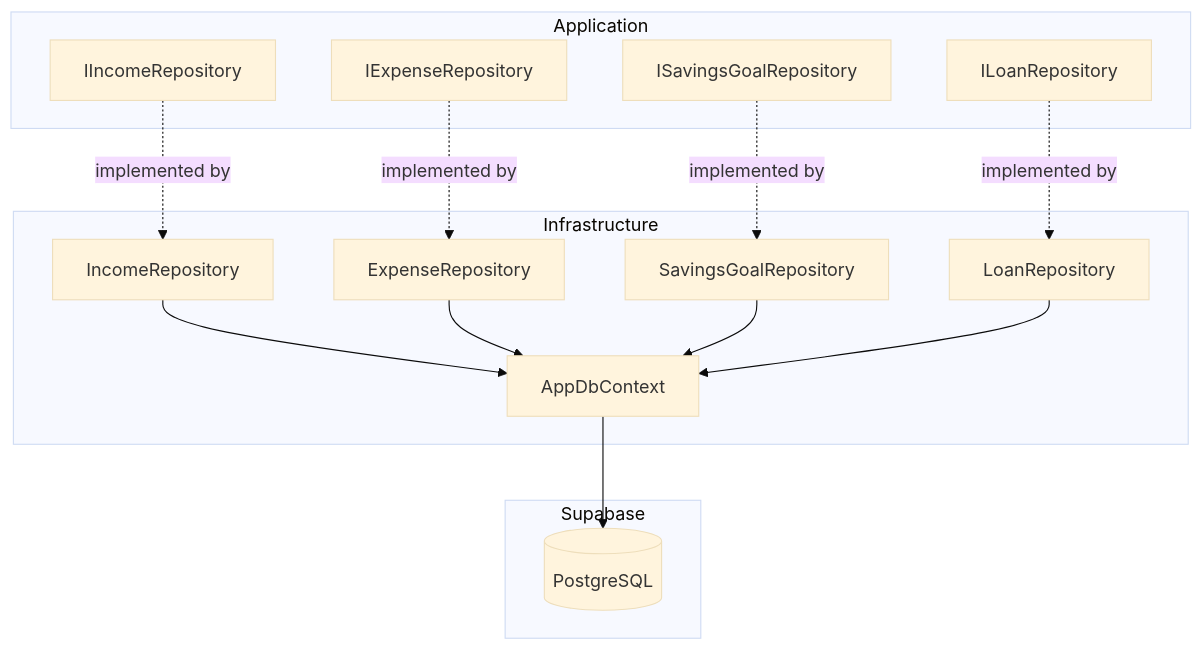
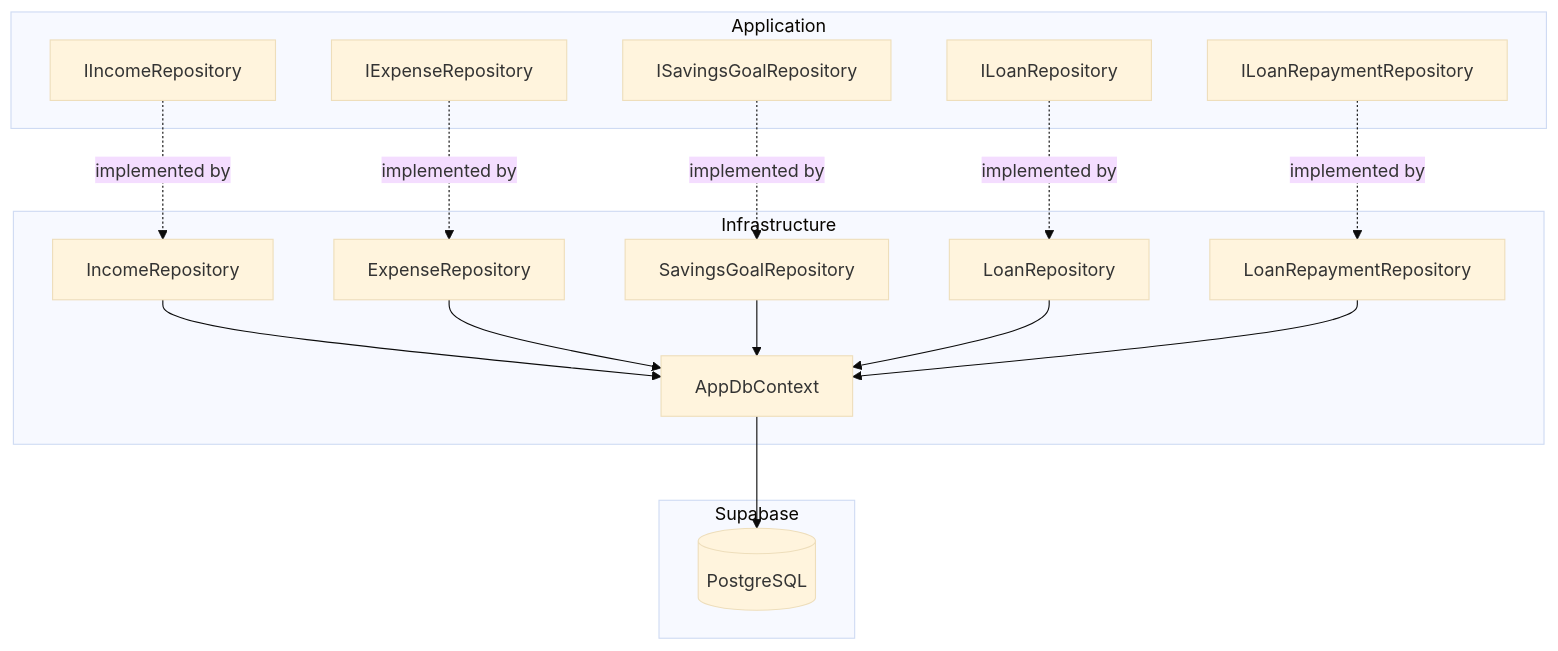
The first of 9 diagrams in docs/phases/PHASE-2-infrastructure.md (dev-personal-projects/vela), drawn with Mermaid (base theme) before and after one commit. The commit also changed other lines of this file and 4 other files, not shown here.

````diff
--- a/docs/phases/PHASE-2-infrastructure.md
+++ b/docs/phases/PHASE-2-infrastructure.md
@@ -60,32 +66,36 @@
 ```mermaid
 flowchart TB
     subgraph Application
         IR[IIncomeRepository]
         ER[IExpenseRepository]
         SR[ISavingsGoalRepository]
         LR[ILoanRepository]
+        LRR[ILoanRepaymentRepository]
     end
 
     subgraph Infrastructure
         IMP1[IncomeRepository]
         IMP2[ExpenseRepository]
         IMP3[SavingsGoalRepository]
         IMP4[LoanRepository]
+        IMP5[LoanRepaymentRepository]
         CTX[AppDbContext]
     end
 
     subgraph Supabase
         DB[(PostgreSQL)]
     end
 
     IR -.implemented by.-> IMP1
     ER -.implemented by.-> IMP2
     SR -.implemented by.-> IMP3
     LR -.implemented by.-> IMP4
+    LRR -.implemented by.-> IMP5
 
     IMP1 --> CTX
     IMP2 --> CTX
     IMP3 --> CTX
     IMP4 --> CTX
+    IMP5 --> CTX
     CTX --> DB
 ```
````
